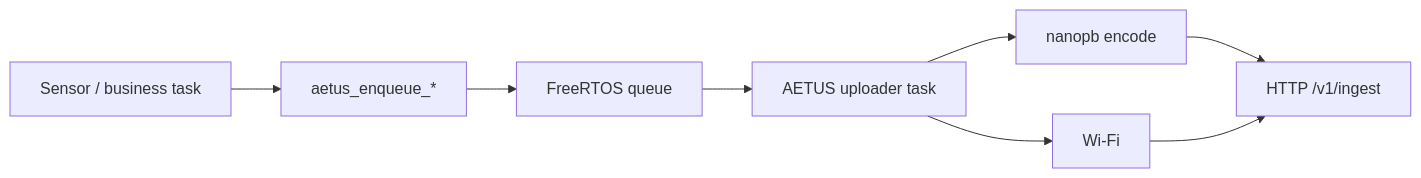
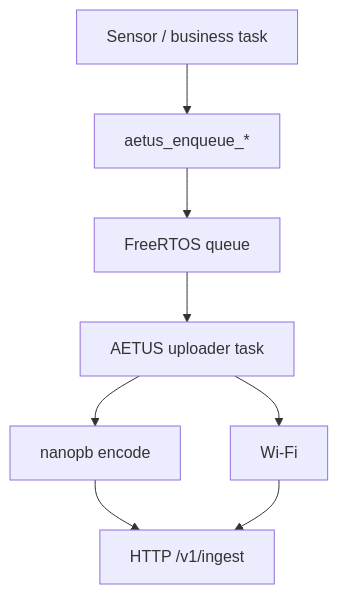
The second of 2 diagrams in README.md (donghoonpark/aetus), drawn with Mermaid before and after one commit. The commit also changed 6 other files, not shown here.

Commit message:
Use vertical flow for long Mermaid diagrams

````diff
--- a/README.md
+++ b/README.md
@@ -182,10 +182,10 @@
 ```mermaid
-flowchart LR
+flowchart TB
     Sensor["Sensor / business task"] --> API["aetus_enqueue_*"]
     API --> Queue["FreeRTOS queue"]
     Queue --> Uploader["AETUS uploader task"]
     Uploader --> Encode["nanopb encode"]
     Uploader --> WiFi["Wi-Fi"]
     Encode --> HTTP["HTTP /v1/ingest"]
     WiFi --> HTTP
 ```
````
